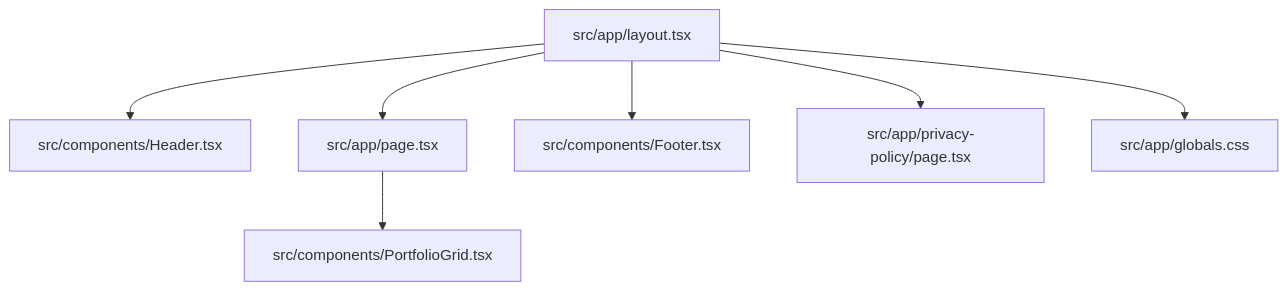
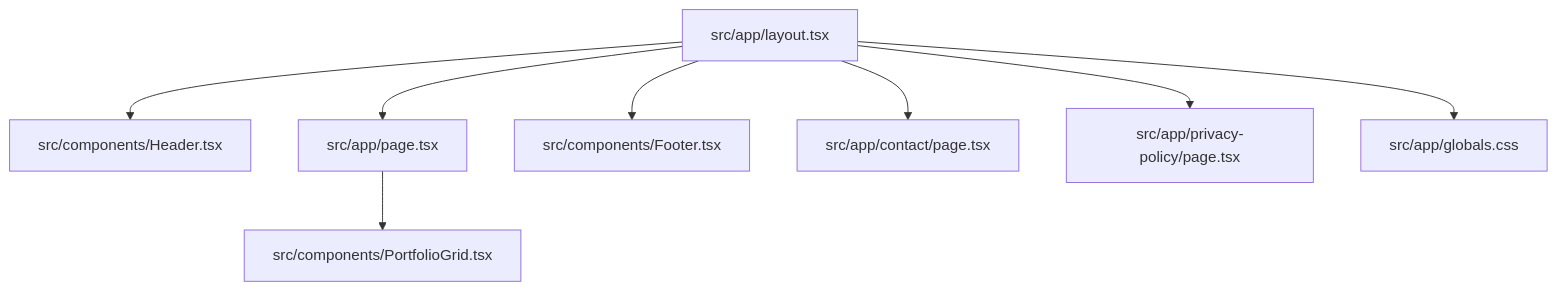
Before and after one commit to vele616/website-petra: the diagram in lode/summary.md, drawn with Mermaid. The commit also changed other lines of this file and 15 other files, not shown here.

````diff
--- a/lode/summary.md
+++ b/lode/summary.md
@@ -11,9 +11,10 @@
 ```mermaid
 graph TD
   Layout["src/app/layout.tsx"] --> Header["src/components/Header.tsx"]
   Layout --> Page["src/app/page.tsx"]
   Layout --> Footer["src/components/Footer.tsx"]
   Page --> PortfolioGrid["src/components/PortfolioGrid.tsx"]
+  Layout --> Contact["src/app/contact/page.tsx"]
   Layout --> Privacy["src/app/privacy-policy/page.tsx"]
   Layout --> Globals["src/app/globals.css"]
 ```
````
